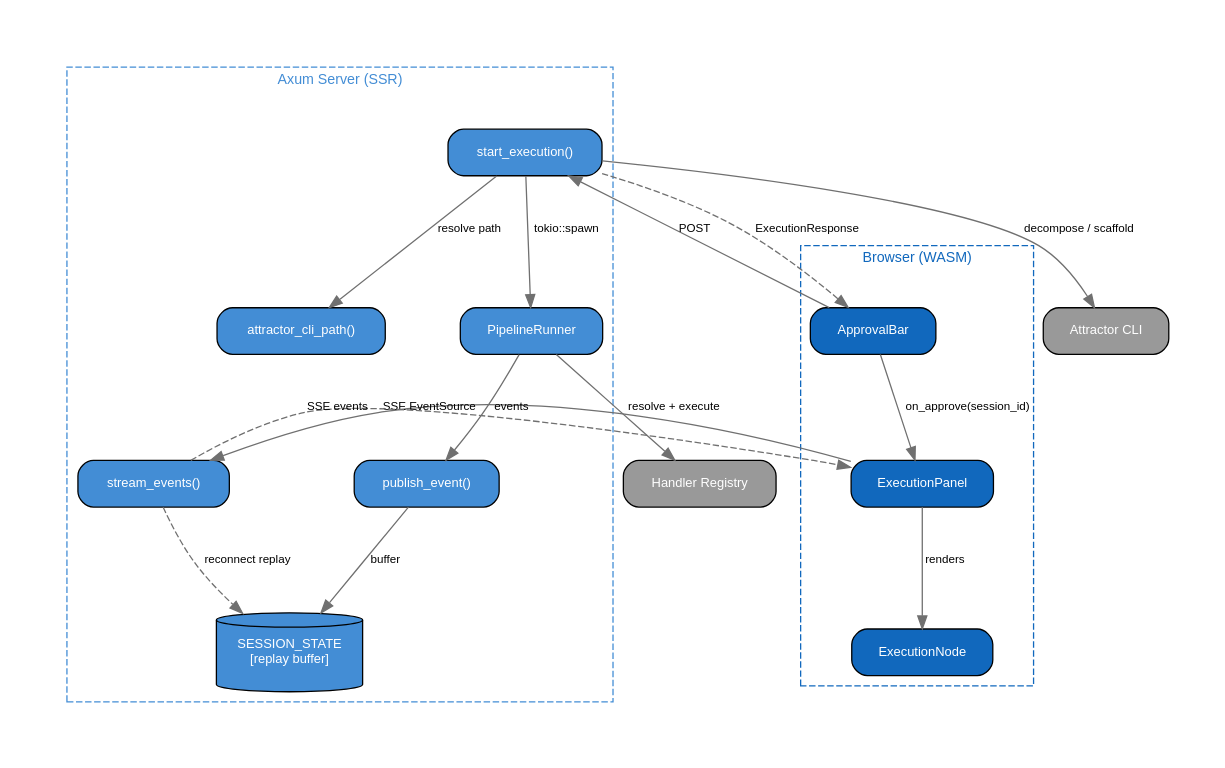
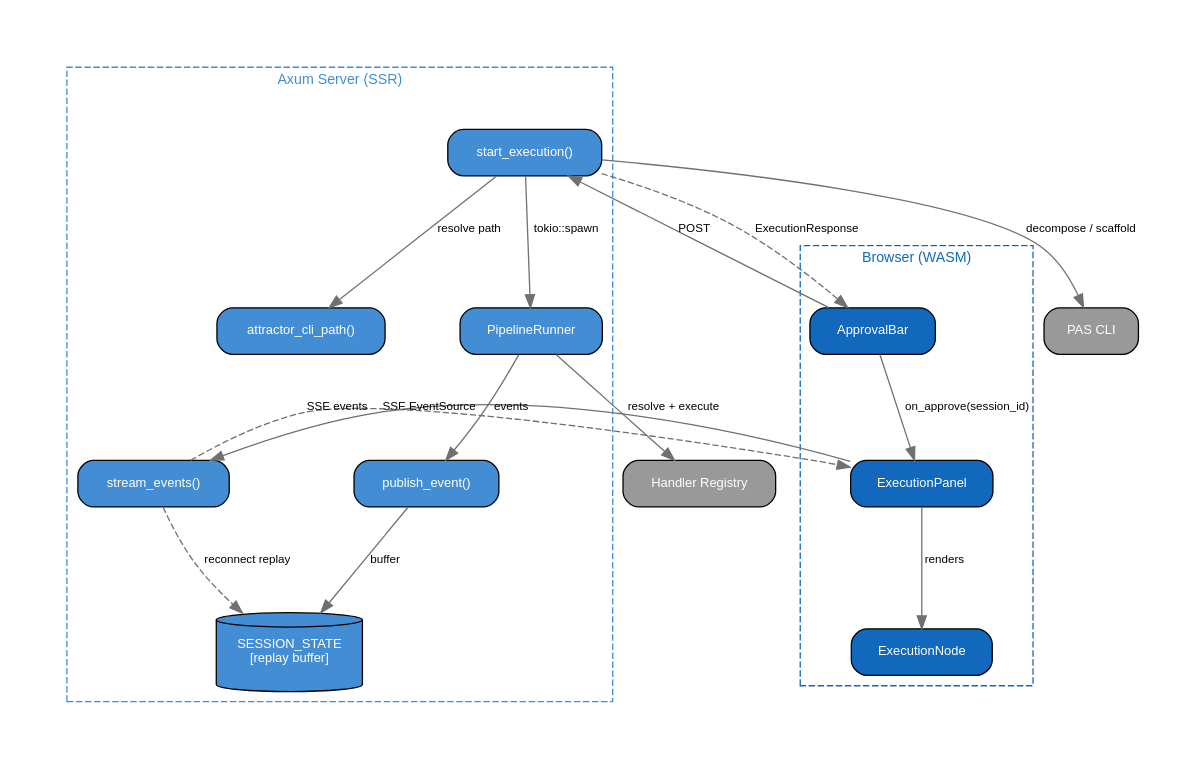
The third of 4 diagrams in docs/accept-execute-c4-dot.md (citadelgrad/connect-the-bots), drawn with Graphviz before and after one commit. The commit also changed other lines of this file and 38 other files, not shown here.

````diff
--- a/docs/accept-execute-c4-dot.md
+++ b/docs/accept-execute-c4-dot.md
@@ -73,53 +73,53 @@
 ```graphviz
 digraph C4_Component {
     graph [rankdir=TB, fontname="Helvetica", fontsize=12, nodesep=0.8, ranksep=1.0, pad=0.5, compound=true]
     node  [fontname="Helvetica", fontsize=10, shape=box, style="rounded,filled", margin="0.25,0.15"]
     edge  [fontname="Helvetica", fontsize=9, color="#707070"]
 
     subgraph cluster_browser {
         label="Browser (WASM)"
         style=dashed
         color="#1168bd"
         fontname="Helvetica"
         fontsize=11
         fontcolor="#1168bd"
 
         approval   [label="ApprovalBar",    fillcolor="#1168bd", fontcolor=white]
         exec_panel [label="ExecutionPanel",  fillcolor="#1168bd", fontcolor=white]
         exec_node  [label="ExecutionNode",   fillcolor="#1168bd", fontcolor=white]
     }
 
     subgraph cluster_server {
         label="Axum Server (SSR)"
         style=dashed
         color="#438dd5"
         fontname="Helvetica"
         fontsize=11
         fontcolor="#438dd5"
 
         start_exec [label="start_execution()",    fillcolor="#438dd5", fontcolor=white]
         cli_path   [label="attractor_cli_path()",  fillcolor="#438dd5", fontcolor=white]
         runner     [label="PipelineRunner",        fillcolor="#438dd5", fontcolor=white]
         stream     [label="stream_events()",       fillcolor="#438dd5", fontcolor=white]
         publish    [label="publish_event()",       fillcolor="#438dd5", fontcolor=white]
         replay     [label="SESSION_STATE\n[replay buffer]", fillcolor="#438dd5", fontcolor=white, shape=cylinder]
     }
 
-    cli      [label="Attractor CLI",    fillcolor="#999999", fontcolor=white]
+    cli      [label="PAS CLI",    fillcolor="#999999", fontcolor=white]
     registry [label="Handler Registry",  fillcolor="#999999", fontcolor=white]
 
     approval   -> start_exec [label="POST"]
     start_exec -> cli_path   [label="resolve path"]
     start_exec -> cli        [label="decompose / scaffold"]
     start_exec -> runner     [label="tokio::spawn"]
     start_exec -> approval   [label="ExecutionResponse", style=dashed]
     approval   -> exec_panel [label="on_approve(session_id)"]
     exec_panel -> stream     [label="SSE EventSource"]
     exec_panel -> exec_node  [label="renders"]
     runner     -> registry   [label="resolve + execute"]
     runner     -> publish    [label="events"]
     publish    -> replay     [label="buffer"]
     stream     -> replay     [label="reconnect replay", style=dashed]
     stream     -> exec_panel [label="SSE events", style=dashed]
 }
 ```
````
